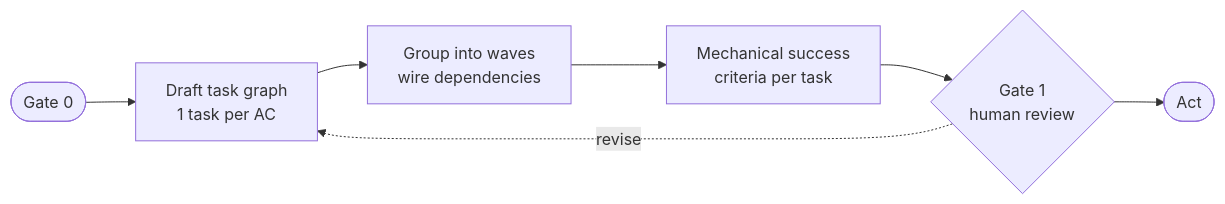
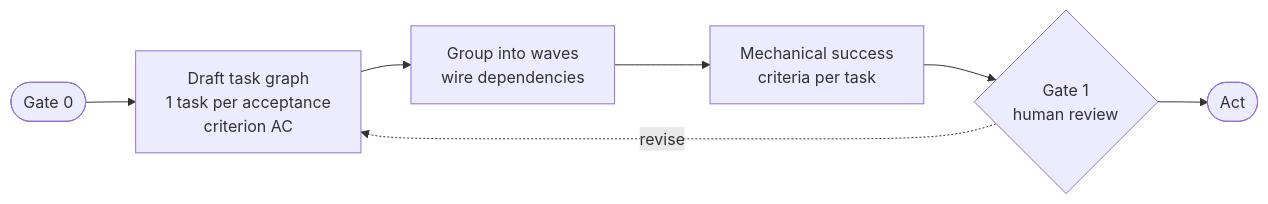
The fourth of 7 diagrams in README.md (theagenticguy/erpaval), drawn with Mermaid before and after one commit. The commit also changed other lines of this file, not shown here.

````diff
--- a/README.md
+++ b/README.md
@@ -164,9 +166,9 @@
 ```mermaid
 flowchart LR
-  G0([Gate 0]) --> DRAFT[Draft task graph<br/>1 task per AC]
+  G0([Gate 0]) --> DRAFT[Draft task graph<br/>1 task per acceptance<br/>criterion AC]
   DRAFT --> WAVES[Group into waves<br/>wire dependencies]
   WAVES --> CRIT[Mechanical success<br/>criteria per task]
   CRIT --> G1{Gate 1<br/>human review}
   G1 -.->|revise| DRAFT
   G1 --> ACT([Act])
 ```
````
